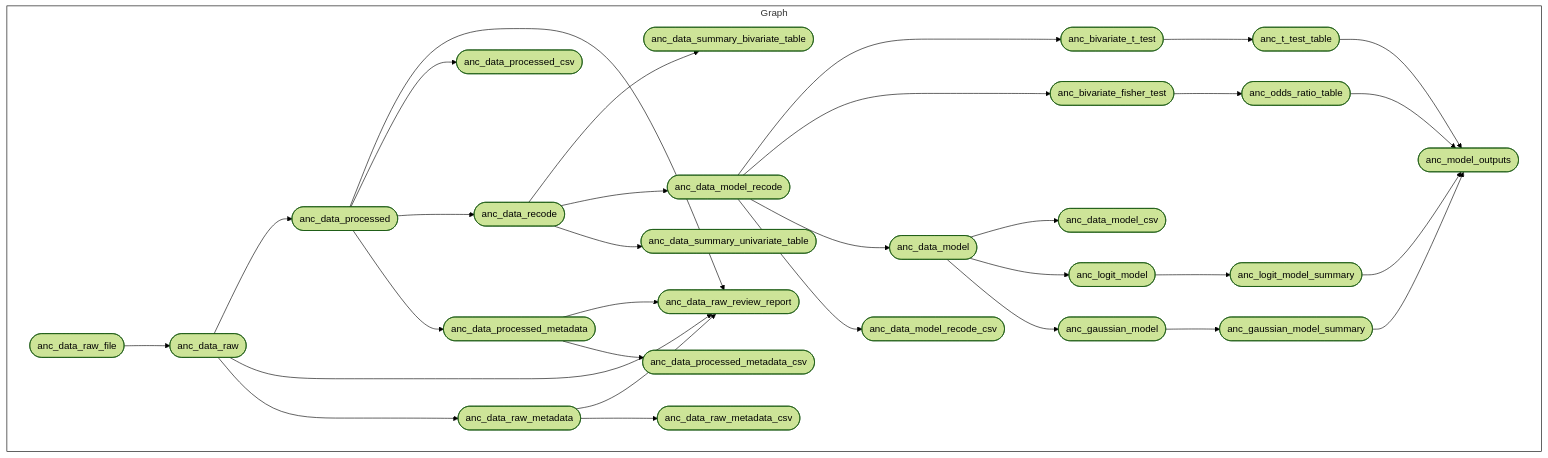
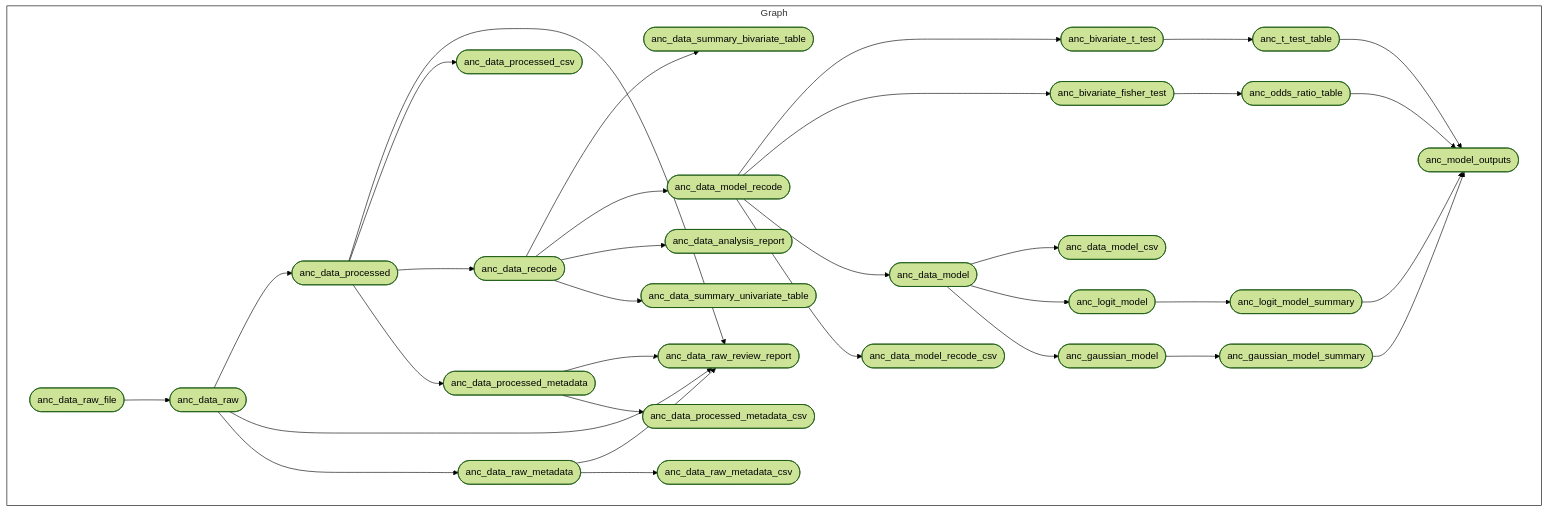
One commit to OxfordIHTM/gh-anaemia-pregnancy changed the diagram in README.md. Above: the diagram before and after it, drawn with Mermaid (forest theme). The commit also changed other lines of this file and 1 other file, not shown here.

````diff
--- a/README.md
+++ b/README.md
@@ -117,37 +117,38 @@
 ``` mermaid
 graph LR
   style Graph fill:#FFFFFF00,stroke:#000000;
   subgraph Graph
     direction LR
     xbba39ca9e518ed94(["anc_data_raw"]):::uptodate --> x597caed207d4fc5d(["anc_data_processed"]):::uptodate
     x05812169c4dfa932(["anc_data_raw_file"]):::uptodate --> xbba39ca9e518ed94(["anc_data_raw"]):::uptodate
     x597caed207d4fc5d(["anc_data_processed"]):::uptodate --> x34a9c3203c3a0d4e(["anc_data_raw_review_report"]):::uptodate
     x34b86f86bb8014ea(["anc_data_processed_metadata"]):::uptodate --> x34a9c3203c3a0d4e(["anc_data_raw_review_report"]):::uptodate
     xbba39ca9e518ed94(["anc_data_raw"]):::uptodate --> x34a9c3203c3a0d4e(["anc_data_raw_review_report"]):::uptodate
     x8a8877168229f4dd(["anc_data_raw_metadata"]):::uptodate --> x34a9c3203c3a0d4e(["anc_data_raw_review_report"]):::uptodate
     xa2691830171b0cf9(["anc_data_recode"]):::uptodate --> x83b06018b27c1391(["anc_data_summary_bivariate_table"]):::uptodate
     x9265d4ebfbcc5e37(["anc_gaussian_model_summary"]):::uptodate --> x8f6836dcac596e4d(["anc_model_outputs"]):::uptodate
     x2d44714c6076aea5(["anc_logit_model_summary"]):::uptodate --> x8f6836dcac596e4d(["anc_model_outputs"]):::uptodate
     x2d1d696496197875(["anc_odds_ratio_table"]):::uptodate --> x8f6836dcac596e4d(["anc_model_outputs"]):::uptodate
     x02d4c90c16108e87(["anc_t_test_table"]):::uptodate --> x8f6836dcac596e4d(["anc_model_outputs"]):::uptodate
     x8a8877168229f4dd(["anc_data_raw_metadata"]):::uptodate --> x2f4ef36220e6f123(["anc_data_raw_metadata_csv"]):::uptodate
     x597caed207d4fc5d(["anc_data_processed"]):::uptodate --> x9efa48e5541103b9(["anc_data_processed_csv"]):::uptodate
     xa2691830171b0cf9(["anc_data_recode"]):::uptodate --> xc84eb75d2309c0e2(["anc_data_model_recode"]):::uptodate
     xc84eb75d2309c0e2(["anc_data_model_recode"]):::uptodate --> x22e570cd18c3f66c(["anc_bivariate_t_test"]):::uptodate
     x6262f74751558db7(["anc_data_model"]):::uptodate --> x11c78e49bf183f4f(["anc_data_model_csv"]):::uptodate
     x2d826175fca676e3(["anc_gaussian_model"]):::uptodate --> x9265d4ebfbcc5e37(["anc_gaussian_model_summary"]):::uptodate
     xbba39ca9e518ed94(["anc_data_raw"]):::uptodate --> x8a8877168229f4dd(["anc_data_raw_metadata"]):::uptodate
+    xa2691830171b0cf9(["anc_data_recode"]):::uptodate --> x4e5d056abbac74dc(["anc_data_analysis_report"]):::uptodate
     xc84eb75d2309c0e2(["anc_data_model_recode"]):::uptodate --> x77712cf549a15628(["anc_bivariate_fisher_test"]):::uptodate
     xc84eb75d2309c0e2(["anc_data_model_recode"]):::uptodate --> x6262f74751558db7(["anc_data_model"]):::uptodate
     x34b86f86bb8014ea(["anc_data_processed_metadata"]):::uptodate --> x2d4384c638b4d284(["anc_data_processed_metadata_csv"]):::uptodate
     x597caed207d4fc5d(["anc_data_processed"]):::uptodate --> xa2691830171b0cf9(["anc_data_recode"]):::uptodate
     xa2691830171b0cf9(["anc_data_recode"]):::uptodate --> xdeea979a9fc8283c(["anc_data_summary_univariate_table"]):::uptodate
     x597caed207d4fc5d(["anc_data_processed"]):::uptodate --> x34b86f86bb8014ea(["anc_data_processed_metadata"]):::uptodate
     x22e570cd18c3f66c(["anc_bivariate_t_test"]):::uptodate --> x02d4c90c16108e87(["anc_t_test_table"]):::uptodate
     xec336fb433299b8a(["anc_logit_model"]):::uptodate --> x2d44714c6076aea5(["anc_logit_model_summary"]):::uptodate
     xc84eb75d2309c0e2(["anc_data_model_recode"]):::uptodate --> x60423dd0fbb1026b(["anc_data_model_recode_csv"]):::uptodate
     x6262f74751558db7(["anc_data_model"]):::uptodate --> xec336fb433299b8a(["anc_logit_model"]):::uptodate
     x6262f74751558db7(["anc_data_model"]):::uptodate --> x2d826175fca676e3(["anc_gaussian_model"]):::uptodate
     x77712cf549a15628(["anc_bivariate_fisher_test"]):::uptodate --> x2d1d696496197875(["anc_odds_ratio_table"]):::uptodate
   end
 ```
````
